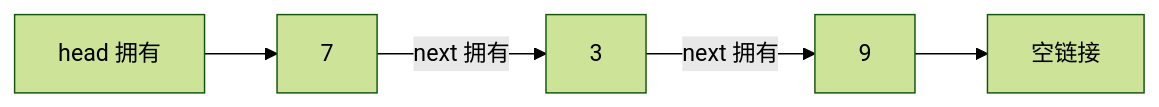
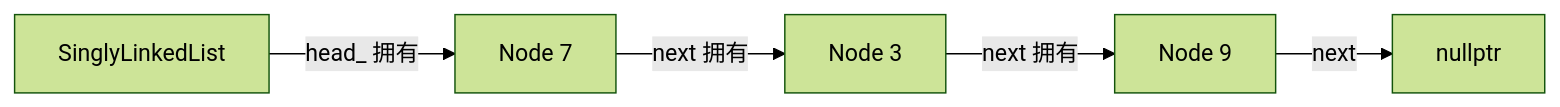
The diagram in learning-paths/cs-core/06-singly-linked-list-nodes-ownership.md (cafelemon/become_engineer), drawn with Mermaid (forest theme) before and after one commit. The commit also changed other lines of this file and 205 other files, not shown here.

````diff
--- a/learning-paths/cs-core/06-singly-linked-list-nodes-ownership.md
+++ b/learning-paths/cs-core/06-singly-linked-list-nodes-ownership.md
@@ -71,7 +160,7 @@
 ```mermaid
 flowchart LR
-    Head["head 拥有"] --> N1["7"]
-    N1 -->|"next 拥有"| N2["3"]
-    N2 -->|"next 拥有"| N3["9"]
-    N3 --> Null["空链接"]
+    List["SinglyLinkedList"] -->|"head_ 拥有"| N1["Node 7"]
+    N1 -->|"next 拥有"| N2["Node 3"]
+    N2 -->|"next 拥有"| N3["Node 9"]
+    N3 -->|"next"| Null["nullptr"]
 ```
````
